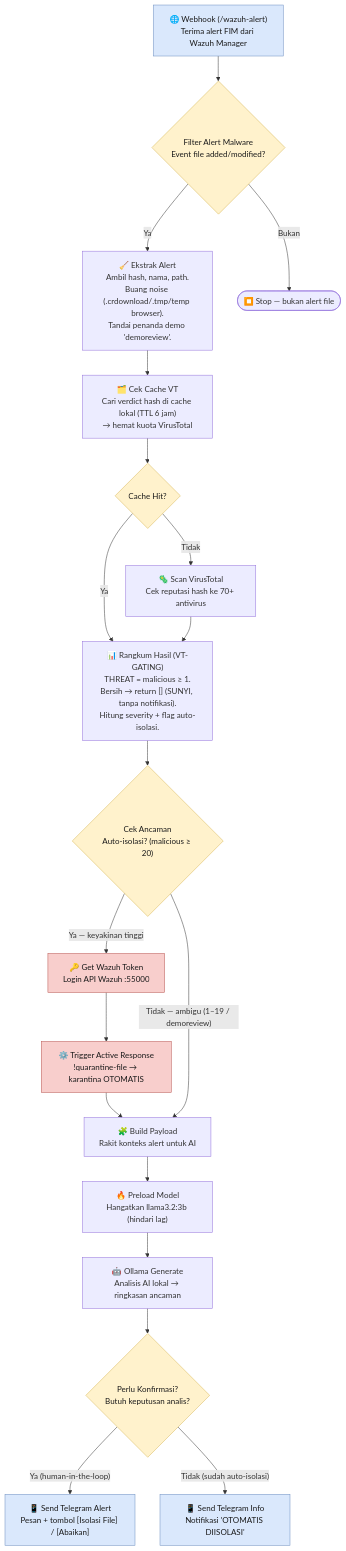
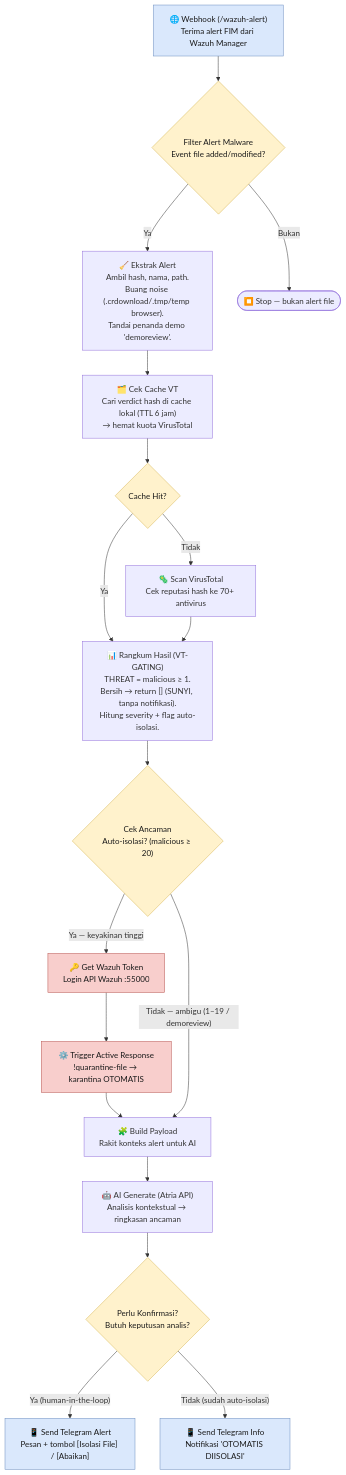
One commit to ravi-arnan/soar-project changed the diagram in docs/diagrams/workflow-malware.mmd. Above: the diagram before and after it, drawn with Mermaid. The commit also changed 38 other files, not shown here.

First line of the commit message:
docs: hapus klaim AI lokal + revisi milestone (AI = analisis LLM via API)

```diff
--- a/docs/diagrams/workflow-malware.mmd
+++ b/docs/diagrams/workflow-malware.mmd
@@ -1,26 +1,25 @@
 flowchart TD
     A["🌐 Webhook (/wazuh-alert)<br/>Terima alert FIM dari Wazuh Manager"] --> B{"Filter Alert Malware<br/>Event file added/modified?"}
     B -->|Ya| C["🧹 Ekstrak Alert<br/>Ambil hash, nama, path.<br/>Buang noise (.crdownload/.tmp/temp browser).<br/>Tandai penanda demo 'demoreview'."]
     B -->|Bukan| STOP1(["⏹️ Stop — bukan alert file"])
     C --> D["🗂️ Cek Cache VT<br/>Cari verdict hash di cache lokal (TTL 6 jam)<br/>→ hemat kuota VirusTotal"]
     D --> E{"Cache Hit?"}
     E -->|Ya| G
     E -->|Tidak| F["🦠 Scan VirusTotal<br/>Cek reputasi hash ke 70+ antivirus"]
     F --> G["📊 Rangkum Hasil (VT-GATING)<br/>THREAT = malicious ≥ 1.<br/>Bersih → return [] (SUNYI, tanpa notifikasi).<br/>Hitung severity + flag auto-isolasi."]
     G --> H{"Cek Ancaman<br/>Auto-isolasi? (malicious ≥ 20)"}
     H -->|"Ya — keyakinan tinggi"| I["🔑 Get Wazuh Token<br/>Login API Wazuh :55000"]
     I --> J["⚙️ Trigger Active Response<br/>!quarantine-file → karantina OTOMATIS"]
     J --> K
     H -->|"Tidak — ambigu (1–19 / demoreview)"| K["🧩 Build Payload<br/>Rakit konteks alert untuk AI"]
-    K --> L["🔥 Preload Model<br/>Hangatkan llama3.2:3b (hindari lag)"]
-    L --> M["🤖 Ollama Generate<br/>Analisis AI lokal → ringkasan ancaman"]
+    K --> M["🤖 AI Generate (Atria API)<br/>Analisis kontekstual → ringkasan ancaman"]
     M --> N{"Perlu Konfirmasi?<br/>Butuh keputusan analis?"}
     N -->|"Ya (human-in-the-loop)"| O["📱 Send Telegram Alert<br/>Pesan + tombol [Isolasi File] / [Abaikan]"]
     N -->|"Tidak (sudah auto-isolasi)"| P["📱 Send Telegram Info<br/>Notifikasi 'OTOMATIS DIISOLASI'"]
 
     classDef dec fill:#FFF2CC,stroke:#D6B656,color:#1A1A1A;
     classDef act fill:#F8CECC,stroke:#B85450,color:#1A1A1A;
     classDef io fill:#DAE8FC,stroke:#6C8EBF,color:#1A1A1A;
     class B,E,H,N dec;
     class I,J act;
     class A,O,P io;
```
